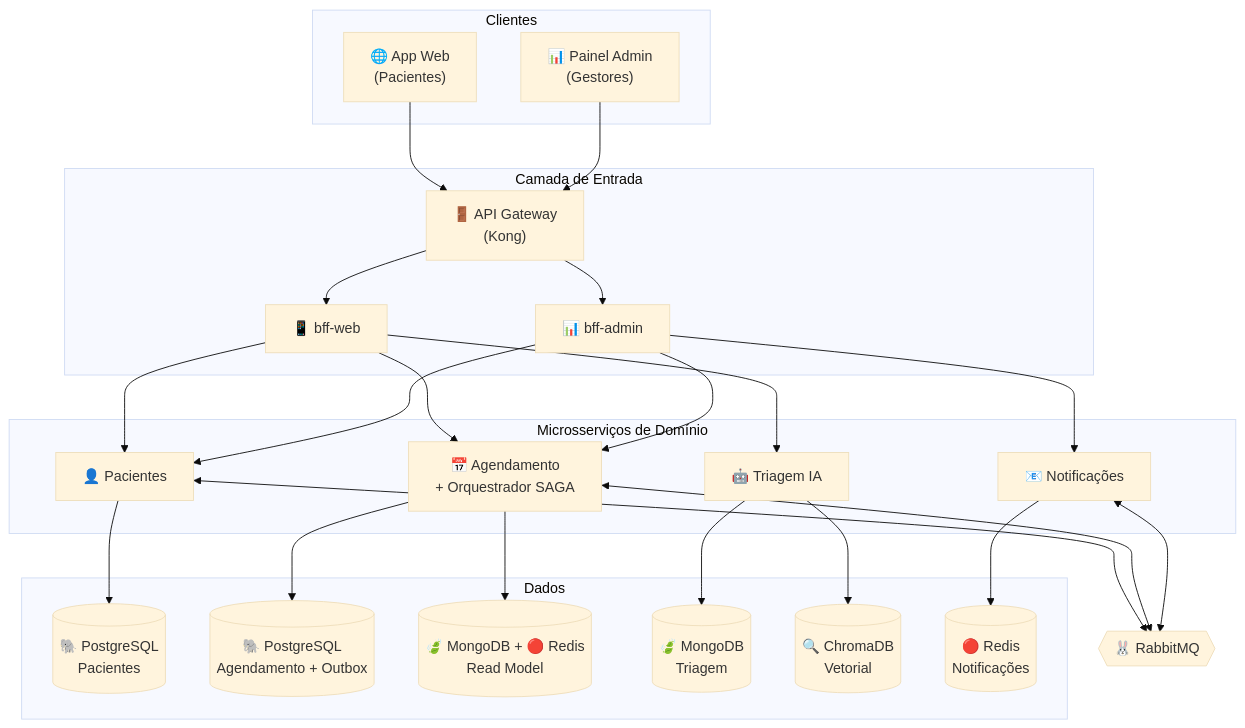
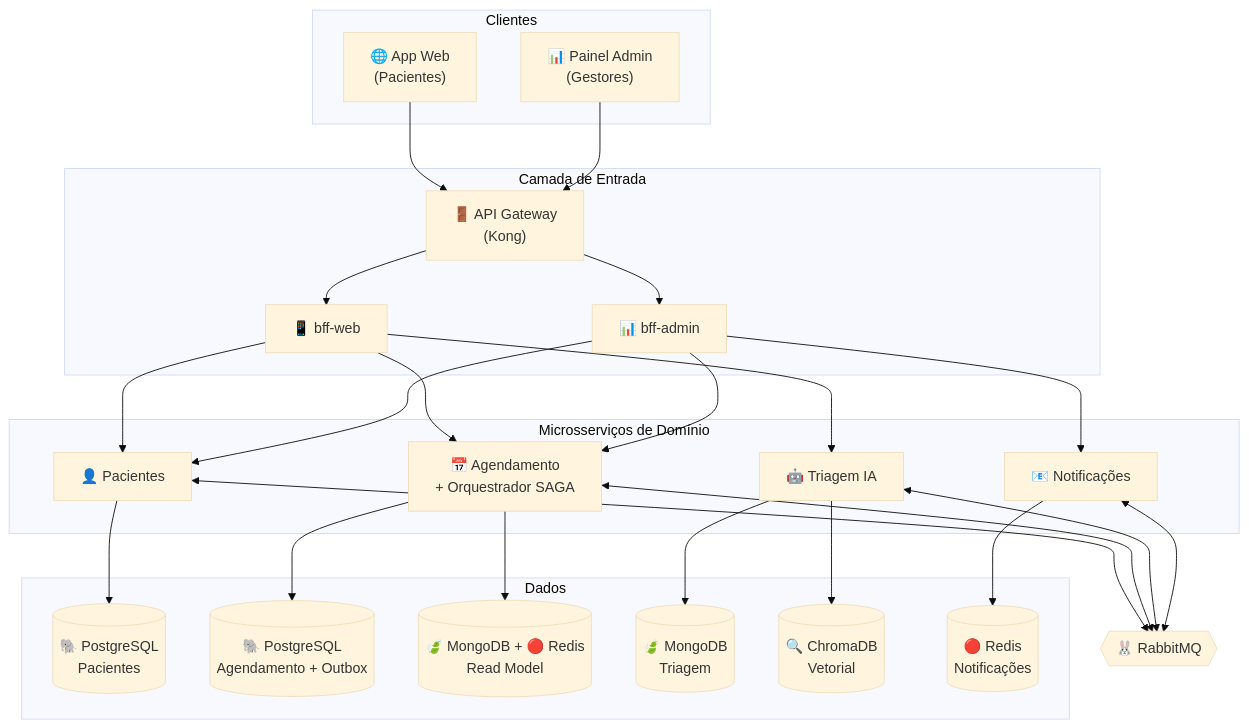
Before and after one commit to multiheros/saude-conecta: the first of 6 diagrams in ARCHITECTURE.md, drawn with Mermaid (base theme). The commit also changed other lines of this file and 13 other files, not shown here.

````diff
--- a/ARCHITECTURE.md
+++ b/ARCHITECTURE.md
@@ -31,44 +31,44 @@
 ```mermaid
 graph TB
     subgraph Clientes
         WEB["🌐 App Web<br/>(Pacientes)"]
         ADMIN["📊 Painel Admin<br/>(Gestores)"]
     end
 
     subgraph "Camada de Entrada"
         GW["🚪 API Gateway<br/>(Kong)"]
         BFF_P["📱 bff-web"]
         BFF_G["📊 bff-admin"]
     end
 
     subgraph "Microsserviços de Domínio"
         MS1["👤 Pacientes"]
         MS2["📅 Agendamento<br/>+ Orquestrador SAGA"]
         MS3["🤖 Triagem IA"]
         MS4["📧 Notificações"]
     end
 
     subgraph Dados
         DB1[("🐘 PostgreSQL<br/>Pacientes")]
         DB2[("🐘 PostgreSQL<br/>Agendamento + Outbox")]
         RM[("🍃 MongoDB + 🔴 Redis<br/>Read Model")]
         DB3[("🍃 MongoDB<br/>Triagem")]
         VDB[("🔍 ChromaDB<br/>Vetorial")]
         DB4[("🔴 Redis<br/>Notificações")]
     end
 
     MQ{{"🐰 RabbitMQ"}}
 
     WEB --> GW
     ADMIN --> GW
     GW --> BFF_P
     GW --> BFF_G
     BFF_P --> MS1 & MS2 & MS3
     BFF_G --> MS1 & MS2 & MS4
     MS1 --> DB1
     MS2 --> DB2
     MS2 --> RM
     MS3 --> DB3 & VDB
     MS4 --> DB4
-    MS1 & MS2 & MS4 <--> MQ
+    MS1 & MS2 & MS3 & MS4 <--> MQ
 ```
````
